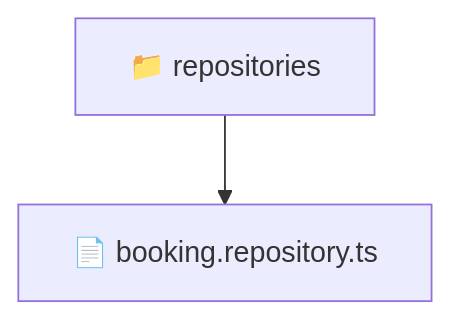
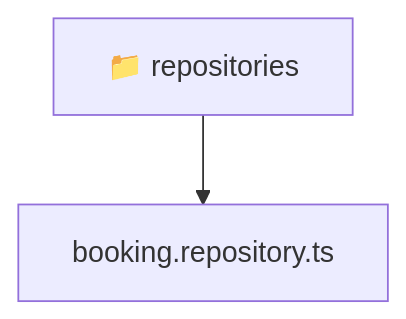
Before and after one commit to beginwebdev2002/fullstack-mavluda: the diagram in backend/src/modules/booking/infrastructure/repositories/README.md, drawn with Mermaid. The commit also changed other lines of this file and 167 other files, not shown here.

````diff
--- a/backend/src/modules/booking/infrastructure/repositories/README.md
+++ b/backend/src/modules/booking/infrastructure/repositories/README.md
@@ -9,5 +9,6 @@
 ```mermaid
 graph TD
-  Root["📁 repositories"]
-  Root --> booking_repository_ts["📄 booking.repository.ts"]
+  Root_repositories["📁 repositories"]
+  f_booking_repository_ts["booking.repository.ts"]
+  Root_repositories --> f_booking_repository_ts
 ```
````
